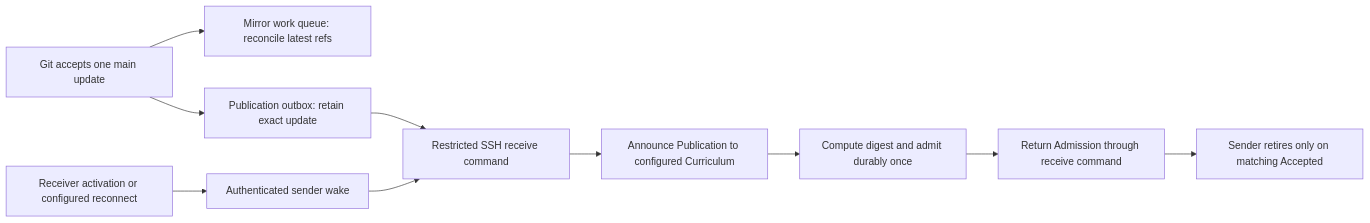
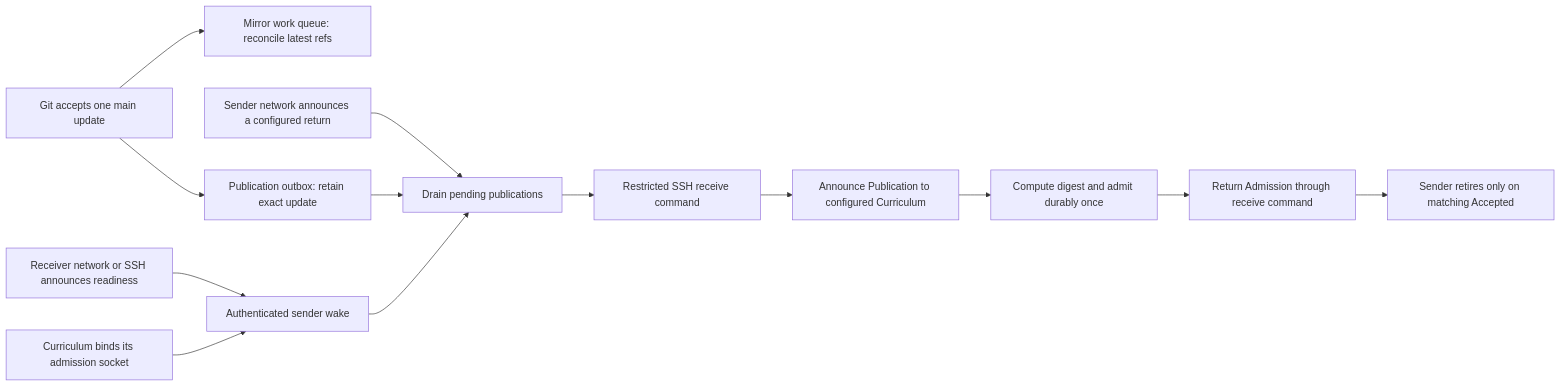
One commit to LiGoldragon/CriomOS changed the diagram in checks/git-publication-delivery/design.md. Above: the diagram before and after it, drawn with Mermaid. The commit also changed other lines of this file and 6 other files, not shown here.

Commit message:
Wake publication delivery on local network return and consumer readiness

````diff
--- a/checks/git-publication-delivery/design.md
+++ b/checks/git-publication-delivery/design.md
@@ -21,12 +21,15 @@
 ```mermaid
 flowchart LR
     a["Git accepts one main update"] --> m["Mirror work queue: reconcile latest refs"]
     a --> b["Publication outbox: retain exact update"]
-    r["Receiver activation or configured reconnect"] --> w["Authenticated sender wake"]
-    b --> s["Restricted SSH receive command"]
-    w --> s
+    sn["Sender network announces a configured return"] --> dr["Drain pending publications"]
+    rn["Receiver network or SSH announces readiness"] --> w["Authenticated sender wake"]
+    cr["Curriculum binds its admission socket"] --> w
+    b --> dr
+    dr --> s["Restricted SSH receive command"]
+    w --> dr
     s --> c["Announce Publication to configured Curriculum"]
     c --> i["Compute digest and admit durably once"]
     i --> k["Return Admission through receive command"]
     k --> x["Sender retires only on matching Accepted"]
 ```
````
